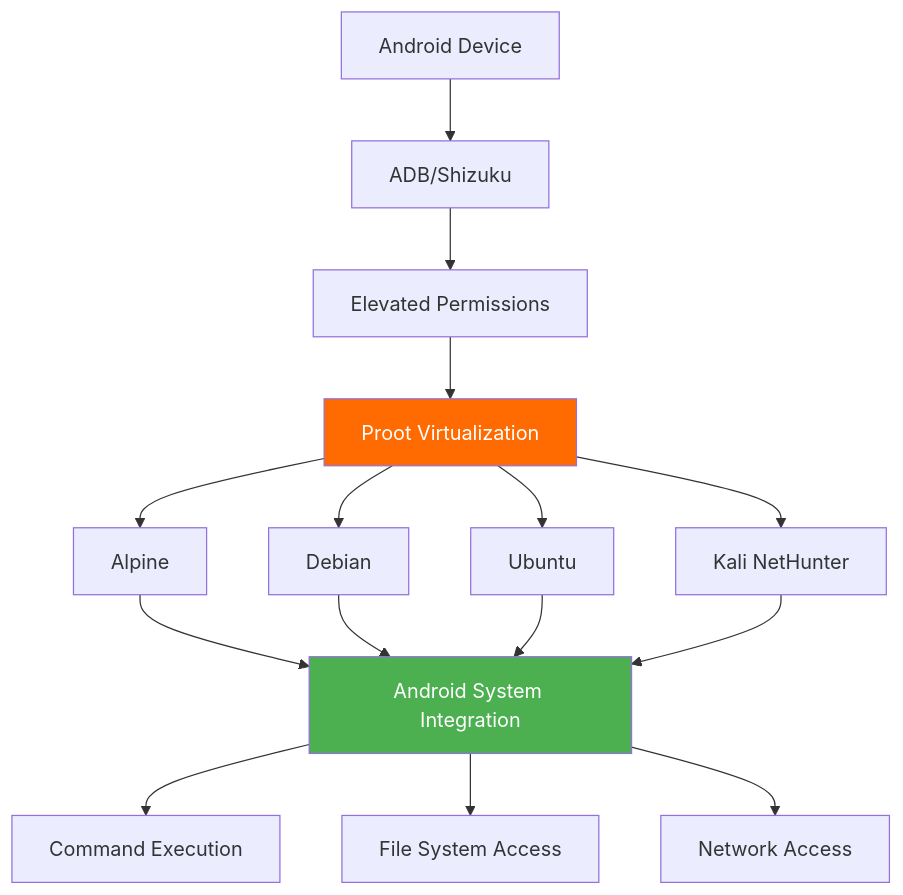
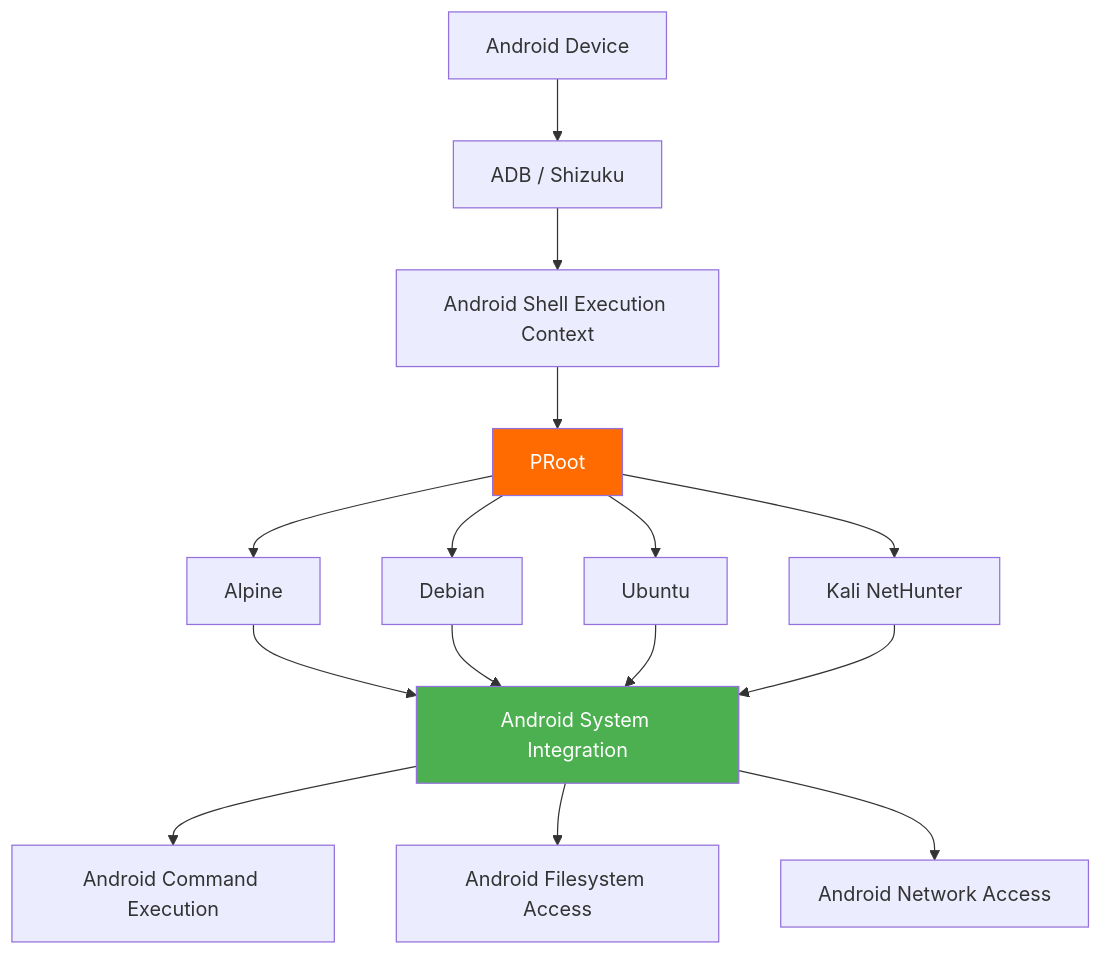
One commit to ahmed-alnassif/AndroSH changed the diagram in README.md. Above: the diagram before and after it, drawn with Mermaid. The commit also changed other lines of this file, not shown here.

Commit message:
docs: clarify ADB/Shizuku execution architecture and Linux environment integration

````diff
--- a/README.md
+++ b/README.md
@@ -103,23 +103,23 @@
 ```mermaid
 graph TD
-    A[Android Device] --> B[ADB/Shizuku]
-    B --> C[Elevated Permissions]
-    C --> D[Proot Virtualization]
+    A[Android Device] --> B[ADB / Shizuku]
+    B --> C[Android Shell Execution Context]
+    C --> D[PRoot]
 
     D --> E[Alpine]
     D --> F[Debian]
     D --> G[Ubuntu]
     D --> H[Kali NetHunter]
 
     E --> I[Android System Integration]
     F --> I
     G --> I
     H --> I
 
-    I --> K[Command Execution]
-    I --> L[File System Access]
-    I --> M[Network Access]
+    I --> K[Android Command Execution]
+    I --> L[Android Filesystem Access]
+    I --> M[Android Network Access]
 
     style D fill:#FF6B00,color:white
     style I fill:#4CAF50,color:white
 ```
````
